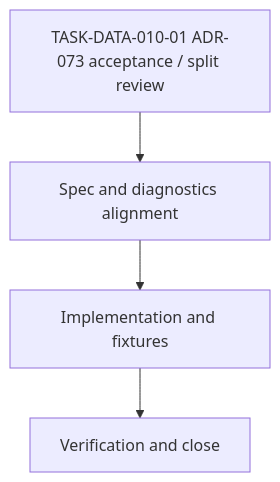
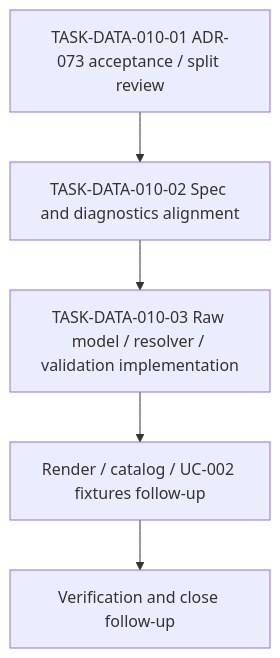
One commit to hiroshiasayadev-prog/brewprint changed the diagram in docs/work-items/data/WORK-DATA-010-tagged-union-and-discriminator-payload-support.md. Above: the diagram before and after it, drawn with Mermaid. The commit also changed other lines of this file and 12 other files, not shown here.

Commit message:
feat(data): implement tagged union model support

````diff
--- a/docs/work-items/data/WORK-DATA-010-tagged-union-and-discriminator-payload-support.md
+++ b/docs/work-items/data/WORK-DATA-010-tagged-union-and-discriminator-payload-support.md
@@ -57,8 +67,9 @@
 ```mermaid
 flowchart TD
   T1["TASK-DATA-010-01 ADR-073 acceptance / split review"]
-  T2["Spec and diagnostics alignment"]
-  T3["Implementation and fixtures"]
-  T4["Verification and close"]
-  T1 --> T2 --> T3 --> T4
+  T2["TASK-DATA-010-02 Spec and diagnostics alignment"]
+  T3["TASK-DATA-010-03 Raw model / resolver / validation implementation"]
+  T4["Render / catalog / UC-002 fixtures follow-up"]
+  T5["Verification and close follow-up"]
+  T1 --> T2 --> T3 --> T4 --> T5
 ```
````
